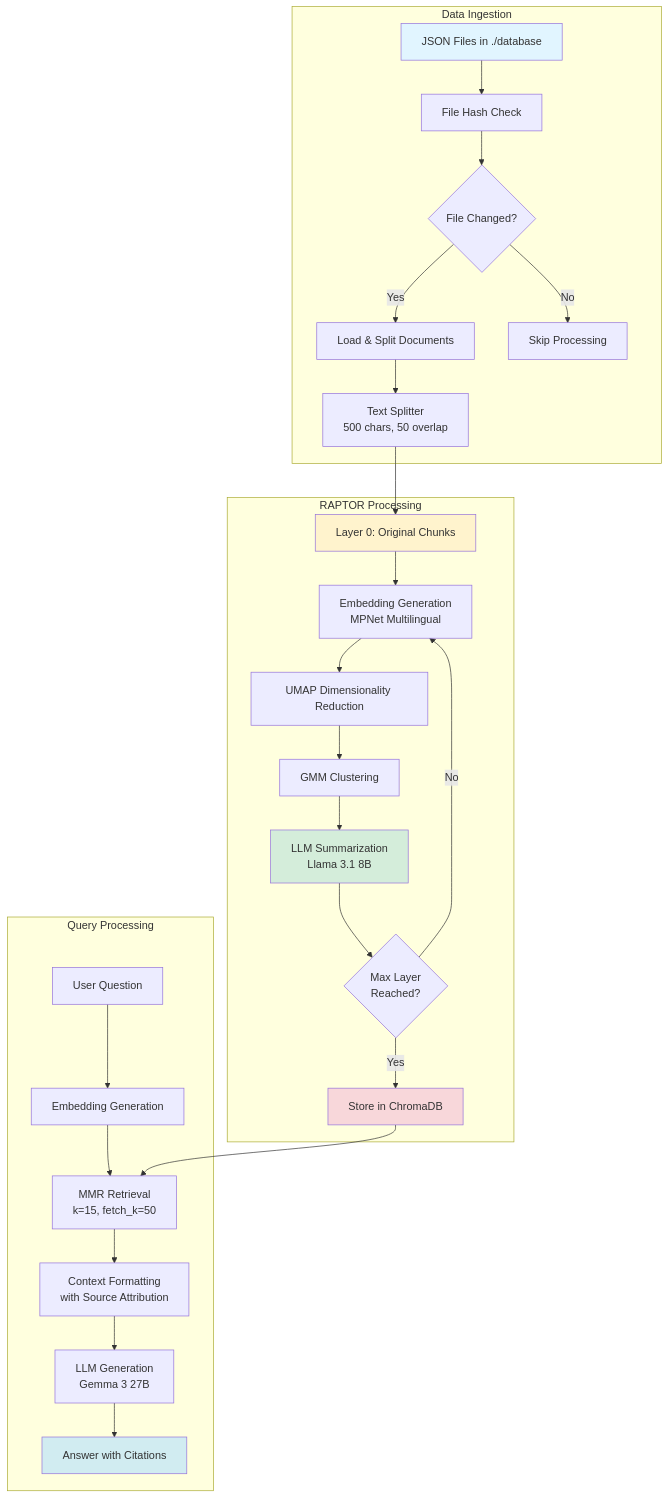
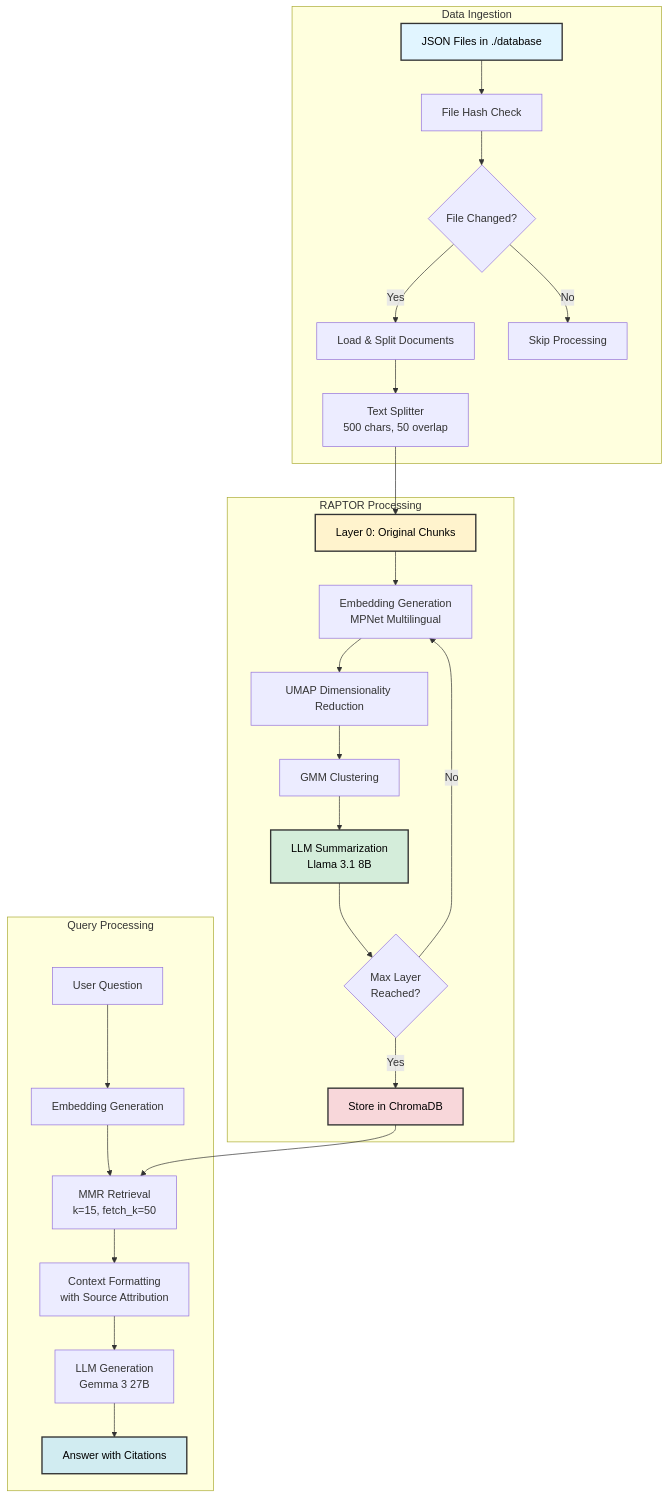
One commit to baloglu321/Rapto_RAG changed the diagram in readme.md. Above: the diagram before and after it, drawn with Mermaid.

Commit message:
Update readme.md
text color is changed

````diff
--- a/readme.md
+++ b/readme.md
@@ -15,37 +15,37 @@
 ```mermaid
 graph TB
     subgraph "Data Ingestion"
         A[JSON Files in ./database] --> B[File Hash Check]
         B --> C{File Changed?}
         C -->|Yes| D[Load & Split Documents]
         C -->|No| E[Skip Processing]
         D --> F[Text Splitter<br/>500 chars, 50 overlap]
     end
     
     subgraph "RAPTOR Processing"
         F --> G[Layer 0: Original Chunks]
         G --> H[Embedding Generation<br/>MPNet Multilingual]
         H --> I[UMAP Dimensionality Reduction]
         I --> J[GMM Clustering]
         J --> K[LLM Summarization<br/>Llama 3.1 8B]
         K --> L{Max Layer<br/>Reached?}
         L -->|No| H
         L -->|Yes| M[Store in ChromaDB]
     end
     
     subgraph "Query Processing"
         N[User Question] --> O[Embedding Generation]
         O --> P[MMR Retrieval<br/>k=15, fetch_k=50]
         P --> Q[Context Formatting<br/>with Source Attribution]
         Q --> R[LLM Generation<br/>Gemma 3 27B]
         R --> S[Answer with Citations]
     end
     
     M --> P
     
-    style A fill:#e1f5ff
-    style G fill:#fff3cd
-    style K fill:#d4edda
-    style M fill:#f8d7da
-    style S fill:#d1ecf1
+    style A fill:#e1f5ff,stroke:#333,stroke-width:2px,color:#000
+    style G fill:#fff3cd,stroke:#333,stroke-width:2px,color:#000
+    style K fill:#d4edda,stroke:#333,stroke-width:2px,color:#000
+    style M fill:#f8d7da,stroke:#333,stroke-width:2px,color:#000
+    style S fill:#d1ecf1,stroke:#333,stroke-width:2px,color:#000
 ```
````
